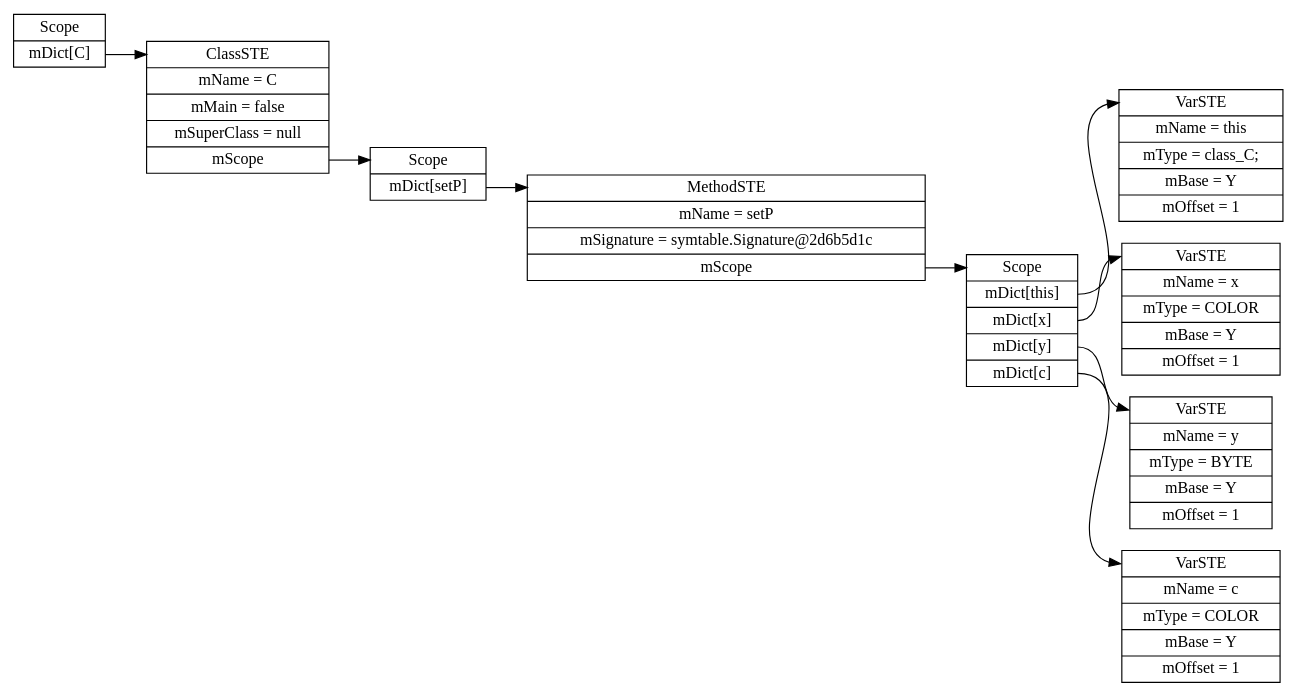
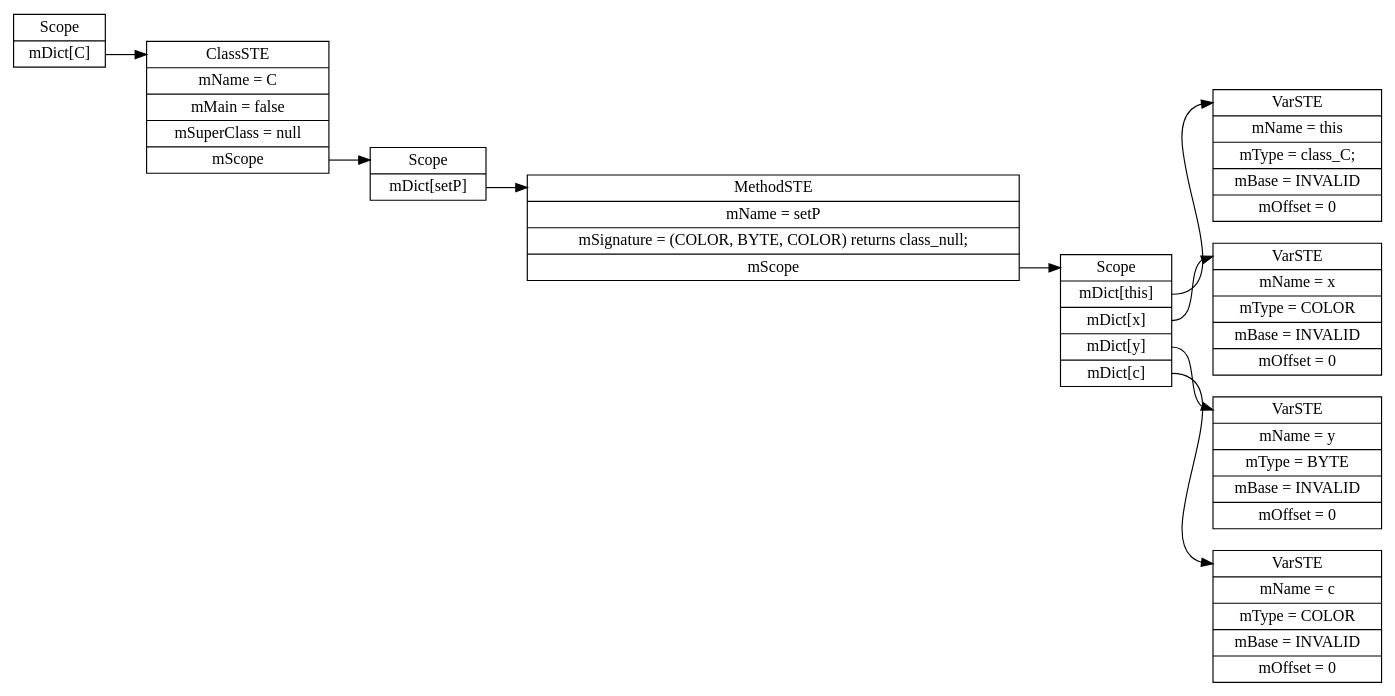
Before and after one commit to Ajith20/MeggyJava-compiler: the diagram in PA4/PA4incorrectType.java.ST.dot, drawn with Graphviz. The commit also changed 3 other files, not shown here.

```diff
--- a/PA4/PA4incorrectType.java.ST.dot
+++ b/PA4/PA4incorrectType.java.ST.dot
@@ -1,21 +1,21 @@
 digraph SymTable {
 	graph [rankdir="LR"];
 	node [shape=record];
 	0 [label=" <f0> Scope | <f1> mDict\[C\] "];
 	0:<f1> -> 1:<f0>;
 	1 [label=" <f0> ClassSTE | <f1> mName = C| <f2> mMain = false| <f3> mSuperClass = null| <f4> mScope "];
 	1:<f4> -> 2:<f0>;
 	2 [label=" <f0> Scope | <f1> mDict\[setP\] "];
 	2:<f1> -> 3:<f0>;
-	3 [label=" <f0> MethodSTE | <f1> mName = setP| <f2> mSignature = symtable.Signature@2d6b5d1c| <f3> mScope "];
+	3 [label=" <f0> MethodSTE | <f1> mName = setP| <f2> mSignature = (COLOR, BYTE, COLOR) returns class_null;| <f3> mScope "];
 	3:<f3> -> 4:<f0>;
 	4 [label=" <f0> Scope | <f1> mDict\[this\] | <f2> mDict\[x\] | <f3> mDict\[y\] | <f4> mDict\[c\] "];
 	4:<f1> -> 5:<f0>;
-	5 [label=" <f0> VarSTE | <f1> mName = this| <f2> mType = class_C;| <f3> mBase = Y| <f4> mOffset = 1"];
+	5 [label=" <f0> VarSTE | <f1> mName = this| <f2> mType = class_C;| <f3> mBase = INVALID| <f4> mOffset = 0"];
 	4:<f2> -> 6:<f0>;
-	6 [label=" <f0> VarSTE | <f1> mName = x| <f2> mType = COLOR| <f3> mBase = Y| <f4> mOffset = 1"];
+	6 [label=" <f0> VarSTE | <f1> mName = x| <f2> mType = COLOR| <f3> mBase = INVALID| <f4> mOffset = 0"];
 	4:<f3> -> 7:<f0>;
-	7 [label=" <f0> VarSTE | <f1> mName = y| <f2> mType = BYTE| <f3> mBase = Y| <f4> mOffset = 1"];
+	7 [label=" <f0> VarSTE | <f1> mName = y| <f2> mType = BYTE| <f3> mBase = INVALID| <f4> mOffset = 0"];
 	4:<f4> -> 8:<f0>;
-	8 [label=" <f0> VarSTE | <f1> mName = c| <f2> mType = COLOR| <f3> mBase = Y| <f4> mOffset = 1"];
+	8 [label=" <f0> VarSTE | <f1> mName = c| <f2> mType = COLOR| <f3> mBase = INVALID| <f4> mOffset = 0"];
 }
```
